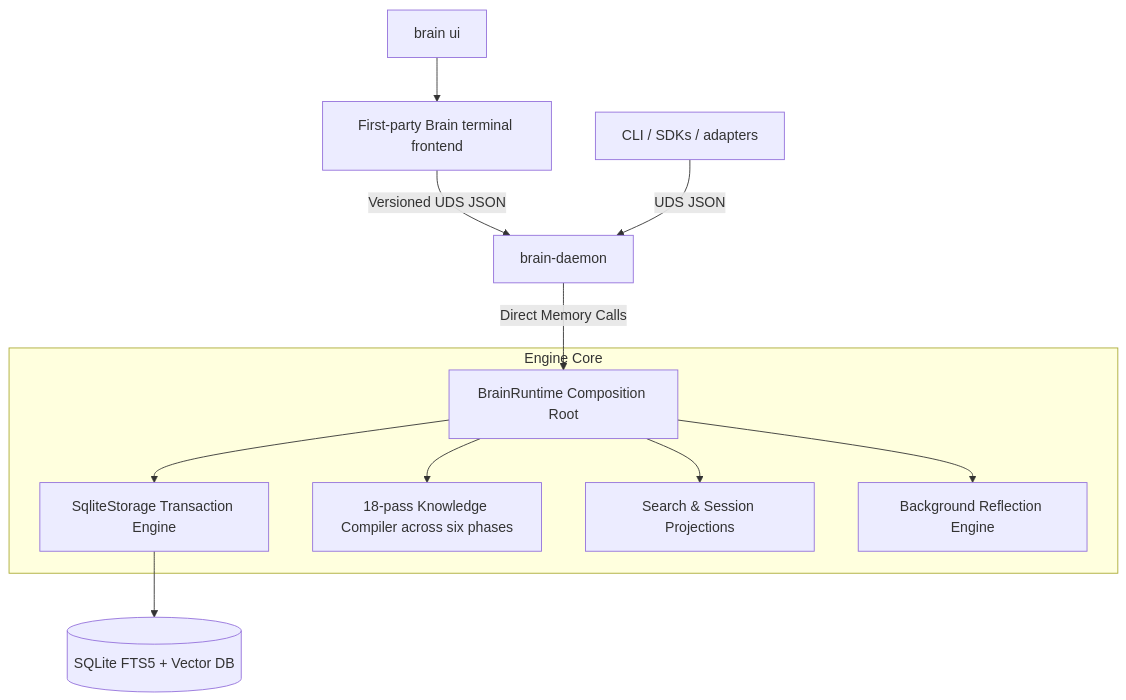
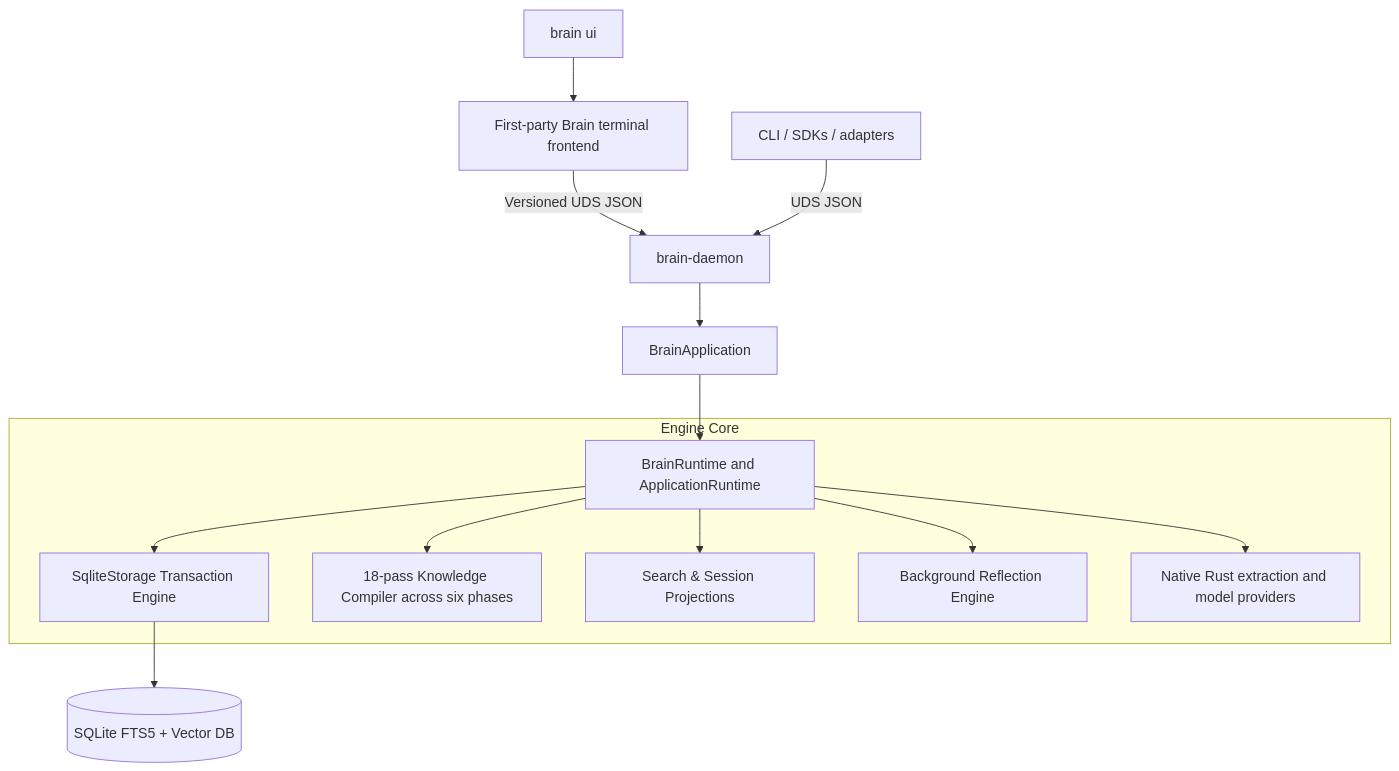
One commit to ritikpathania/brain changed the diagram in README.md. Above: the diagram before and after it, drawn with Mermaid. The commit also changed other lines of this file and 230 other files, not shown here.

````diff
--- a/README.md
+++ b/README.md
@@ -71,16 +71,18 @@
 ```mermaid
 graph TD
     Launcher[brain ui] --> Frontend[First-party Brain terminal frontend]
     Frontend -->|Versioned UDS JSON| Daemon[brain-daemon]
     Client[CLI / SDKs / adapters] -->|UDS JSON| Daemon
-    Daemon -->|Direct Memory Calls| Runtime[BrainRuntime Composition Root]
+    Daemon --> App[BrainApplication]
+    App --> Runtime[BrainRuntime and ApplicationRuntime]
     
     subgraph Engine Core
         Runtime --> Storage[SqliteStorage Transaction Engine]
         Runtime --> Compiler[18-pass Knowledge Compiler across six phases]
         Runtime --> Projections[Search & Session Projections]
         Runtime --> Reflection[Background Reflection Engine]
+        Runtime --> Extraction[Native Rust extraction and model providers]
     end
     
     Storage --> SQLite[(SQLite FTS5 + Vector DB)]
 ```
````
